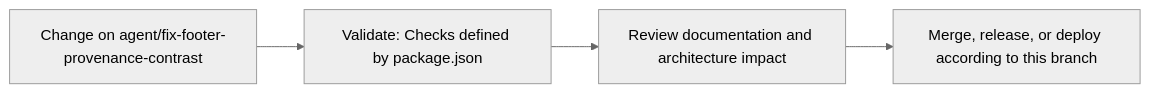
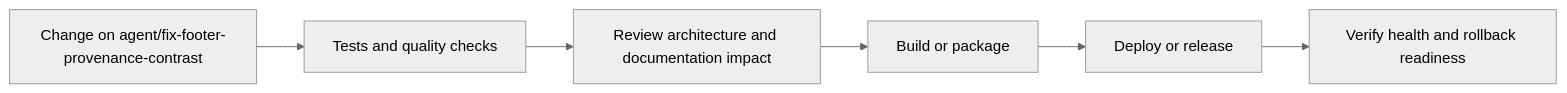
Before and after one commit to Nischhalsubba/rismfp-ui: the fourth of 5 diagrams in README.md, drawn with Mermaid (neutral theme). The commit also changed other lines of this file, not shown here.

````diff
--- a/README.md
+++ b/README.md
@@ -71,8 +137,8 @@
 ```mermaid
 flowchart LR
-    CHANGE["Change on agent/fix-footer-provenance-contrast"]
-    CHECK["Validate: Checks defined by package.json"]
-    REVIEW["Review documentation and architecture impact"]
-    RELEASE["Merge, release, or deploy according to this branch"]
-    CHANGE --> CHECK --> REVIEW --> RELEASE
+    CHANGE["Change on agent/fix-footer-provenance-contrast"] --> CHECK["Tests and quality checks"]
+    CHECK --> REVIEW["Review architecture and documentation impact"]
+    REVIEW --> BUILD["Build or package"]
+    BUILD --> DEPLOY["Deploy or release"]
+    DEPLOY --> VERIFY["Verify health and rollback readiness"]
 ```
````
